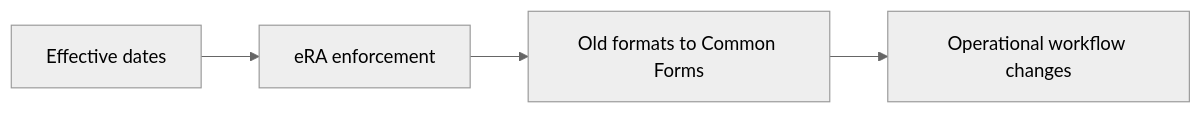
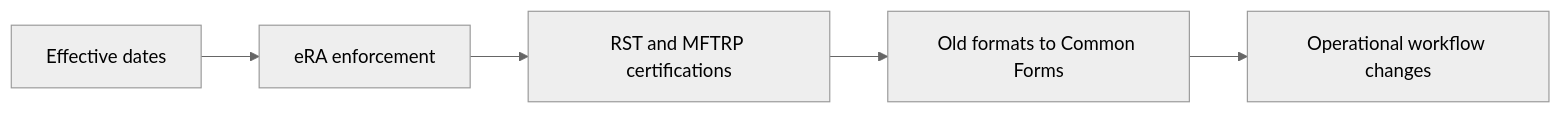
The diagram in docs/policy.md (FritscheLab/nih-sciencv-playbook), drawn with Mermaid (neutral theme) before and after one commit. The commit also changed other lines of this file and 48 other files, not shown here.

First line of the commit message:
Refactor documentation and templates for NIH Common Forms compliance

````diff
--- a/docs/policy.md
+++ b/docs/policy.md
@@ -11,8 +11,9 @@
 ```mermaid
 flowchart LR
     accTitle: Policy section map
-    accDescr: The policy section moves from effective dates to enforcement behavior and then to practical changes from old formats to Common Forms.
+    accDescr: The policy section moves from effective dates to enforcement behavior, research-security certifications, and practical changes from old formats to Common Forms.
     A["Effective dates"] --> B["eRA enforcement"]
-    B --> C["Old formats to Common Forms"]
-    C --> D["Operational workflow changes"]
+    B --> C["RST and MFTRP certifications"]
+    C --> D["Old formats to Common Forms"]
+    D --> E["Operational workflow changes"]
 ```
````
